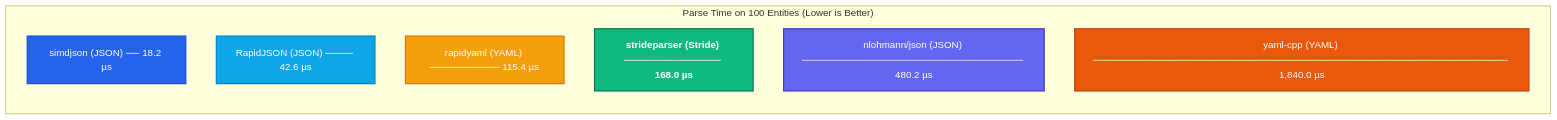
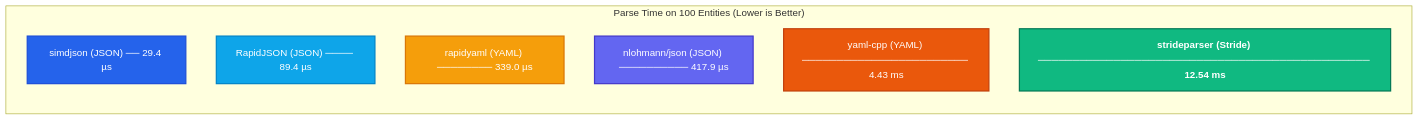
Before and after one commit to StrideLang/strideparser: the second of 4 diagrams in doc/standalone_data_schema_validation.md, drawn with Mermaid. The commit also changed other lines of this file, not shown here.

````diff
--- a/doc/standalone_data_schema_validation.md
+++ b/doc/standalone_data_schema_validation.md
@@ -275,19 +280,19 @@
 ```mermaid
 flowchart LR
     subgraph Time["Parse Time on 100 Entities (Lower is Better)"]
         direction TB
-        p1["simdjson (JSON) ── 18.2 µs"]:::jsonSimd
-        p2["RapidJSON (JSON) ──── 42.6 µs"]:::jsonRapid
-        p3["rapidyaml (YAML) ────────── 115.4 µs"]:::yamlRyml
-        p4["strideparser (Stride) ────────────── 168.0 µs"]:::stride
-        p5["nlohmann/json (JSON) ──────────────────────────────── 480.2 µs"]:::jsonNloh
-        p6["yaml-cpp (YAML) ──────────────────────────────────────────────────────────── 1,840.0 µs"]:::yamlCpp
+        p1["simdjson (JSON) ── 29.4 µs"]:::jsonSimd
+        p2["RapidJSON (JSON) ──── 89.4 µs"]:::jsonRapid
+        p3["rapidyaml (YAML) ──────── 339.0 µs"]:::yamlRyml
+        p4["nlohmann/json (JSON) ────────── 417.9 µs"]:::jsonNloh
+        p5["yaml-cpp (YAML) ──────────────────────── 4.43 ms"]:::yamlCpp
+        p6["strideparser (Stride) ──────────────────────────────────────────────── 12.54 ms"]:::stride
     end
 
     classDef stride fill:#10b981,stroke:#047857,stroke-width:2px,color:#ffffff,font-weight:bold
     classDef jsonSimd fill:#2563eb,stroke:#1d4ed8,stroke-width:2px,color:#ffffff
     classDef jsonRapid fill:#0ea5e9,stroke:#0284c7,stroke-width:2px,color:#ffffff
     classDef jsonNloh fill:#6366f1,stroke:#4338ca,stroke-width:2px,color:#ffffff
     classDef yamlRyml fill:#f59e0b,stroke:#d97706,stroke-width:2px,color:#ffffff
     classDef yamlCpp fill:#ea580c,stroke:#c2410c,stroke-width:2px,color:#ffffff
 ```
````
